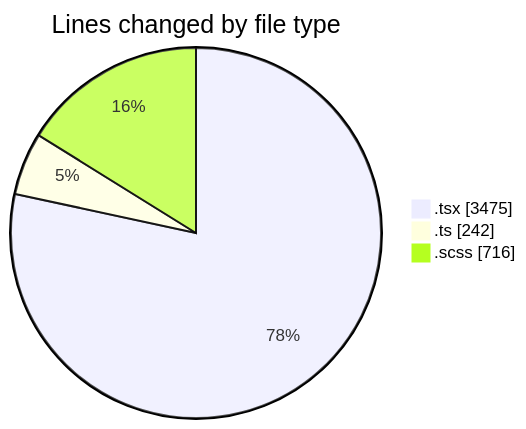
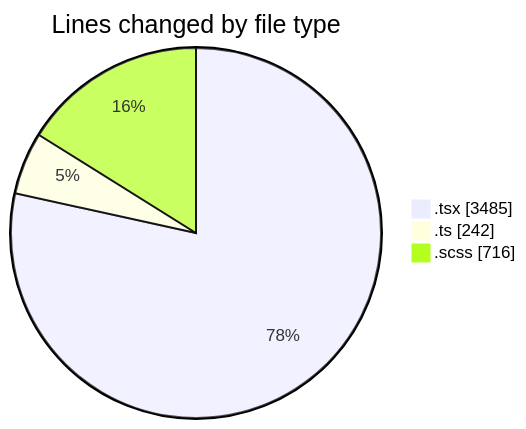
One commit to momahboobian/code-tracking changed the first of 2 diagrams in 2025-09-15/cda/README.md. Above: the diagram before and after it, drawn with Mermaid. The commit also changed other lines of this file and 1 other file, not shown here.

````diff
--- a/2025-09-15/cda/README.md
+++ b/2025-09-15/cda/README.md
@@ -25,7 +25,7 @@
 ```mermaid
 pie showData
 title Lines changed by file type
-".tsx" : 3475
+".tsx" : 3485
 ".ts" : 242
 ".scss" : 716
 ```
````
